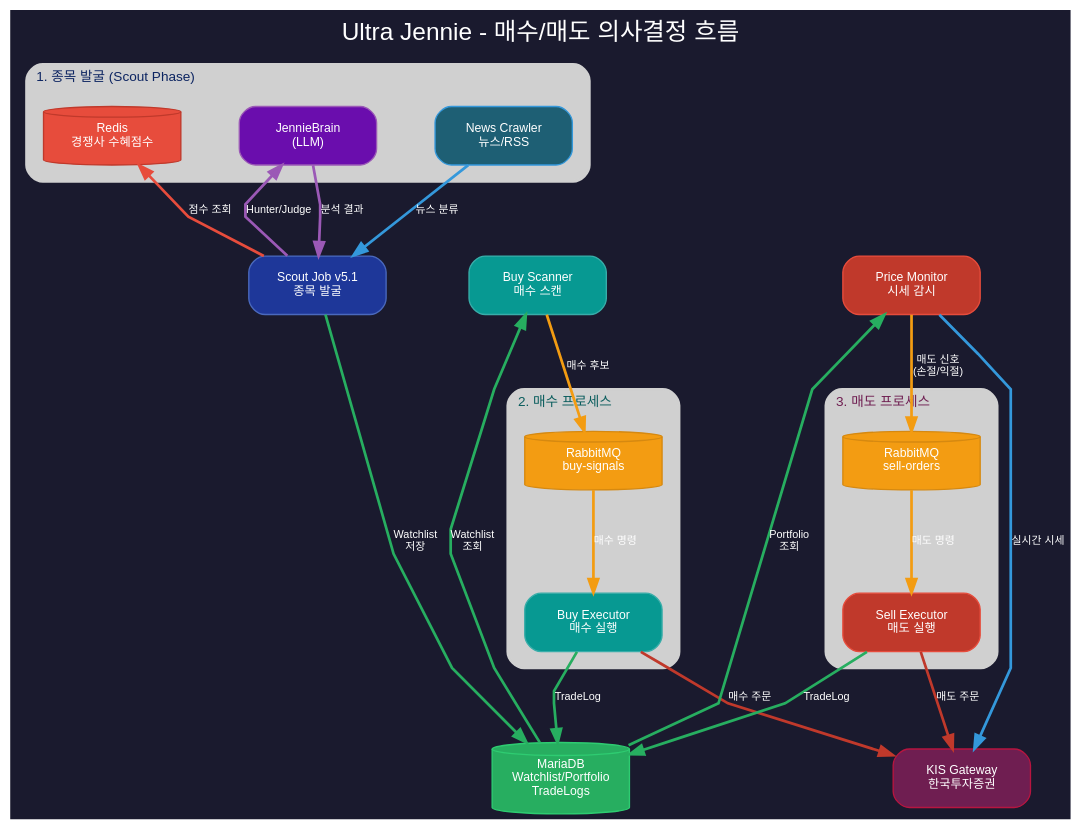
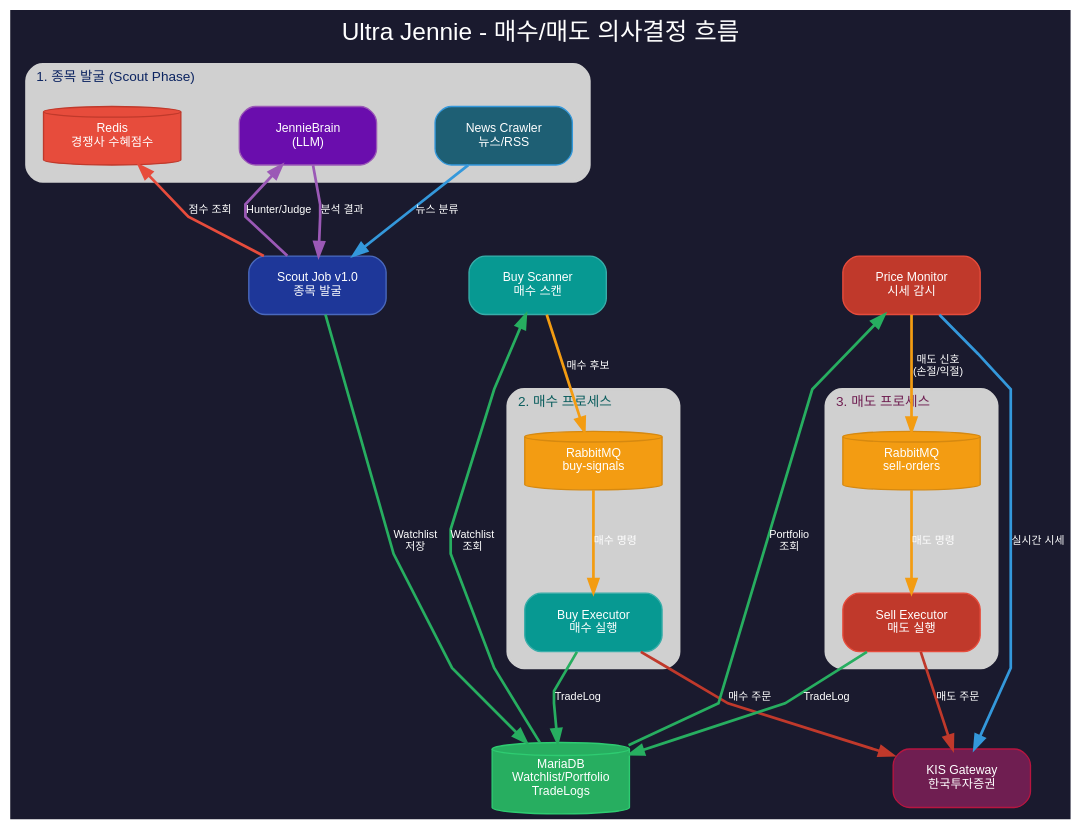
One commit to youngs7596/our-ultra-jennie changed the diagram in docs/architecture/02_buy_sell_decision_flow.dot. Above: the diagram before and after it, drawn with Graphviz. The commit also changed 24 other files, not shown here.

```diff
--- a/docs/architecture/02_buy_sell_decision_flow.dot
+++ b/docs/architecture/02_buy_sell_decision_flow.dot
@@ -1,170 +1,170 @@
 digraph BuySellDecisionFlow {
     // 전체 스타일 설정
     bgcolor="#1a1a2e";
     fontname="Helvetica,Arial,sans-serif";
     label="Ultra Jennie - 매수/매도 의사결정 흐름";
     labelloc=t;
     fontsize=18;
     fontcolor="white";
     rankdir=TB;
     compound=true;
     splines=polyline;
     nodesep=0.6;
     ranksep=0.8;
 
     // 기본 노드 스타일
     node [
         style="rounded,filled",
         shape=box,
         fontname="Helvetica,Arial,sans-serif",
         fontsize=9,
         fontcolor="white",
         width=1.4,
         height=0.6
     ];
 
     // 기본 엣지 스타일
     edge [
         fontname="Helvetica,Arial,sans-serif",
         fontsize=8,
         fontcolor="white",
         penwidth=2
     ];
 
     // ============================================================
     // 종목 발굴 (Scout Phase)
     // ============================================================
     subgraph cluster_scout {
         label="1. 종목 발굴 (Scout Phase)";
         labeljust=l;
         style="rounded,filled";
         bgcolor="#f0f0ff";
         color="#d0d0d0";
         fontcolor="#0c2461";
         fontsize=10;
         penwidth=2;
         margin=12;
 
-        SCOUT [label="Scout Job v5.1\n종목 발굴", fillcolor="#1e3799", color="#4a69bd"];
+        SCOUT [label="Scout Job v1.0\n종목 발굴", fillcolor="#1e3799", color="#4a69bd"];
         LLM [label="JennieBrain\n(LLM)", fillcolor="#6a0dad", color="#9b59b6"];
         NEWS [label="News Crawler\n뉴스/RSS", fillcolor="#1e5f74", color="#3498db"];
         REDIS_COMP [label="Redis\n경쟁사 수혜점수", fillcolor="#e74c3c", color="#c0392b", shape=cylinder];
         
         NEWS -> SCOUT [color="#3498db", label="뉴스 분류"];
         SCOUT -> LLM [color="#9b59b6", label="Hunter/Judge"];
         LLM -> SCOUT [color="#9b59b6", label="분석 결과"];
         SCOUT -> REDIS_COMP [color="#e74c3c", label="점수 조회"];
     }
 
     // ============================================================
     // 매수 프로세스
     // ============================================================
     subgraph cluster_buy {
         label="2. 매수 프로세스";
         labeljust=l;
         style="rounded,filled";
         bgcolor="#f0fff0";
         color="#d0d0d0";
         fontcolor="#0a5d5d";
         fontsize=10;
         penwidth=2;
         margin=12;
 
         BUY_SCAN [label="Buy Scanner\n매수 스캔", fillcolor="#079992", color="#38ada9"];
         MQ_BUY [label="RabbitMQ\nbuy-signals", fillcolor="#f39c12", color="#d68910", shape=cylinder];
         BUY_EXEC [label="Buy Executor\n매수 실행", fillcolor="#079992", color="#38ada9"];
         
         BUY_SCAN -> MQ_BUY [color="#f39c12", label="매수 후보"];
         MQ_BUY -> BUY_EXEC [color="#f39c12", label="매수 명령"];
     }
 
     // ============================================================
     // 매도 프로세스
     // ============================================================
     subgraph cluster_sell {
         label="3. 매도 프로세스";
         labeljust=l;
         style="rounded,filled";
         bgcolor="#fff0f0";
         color="#d0d0d0";
         fontcolor="#6F1E51";
         fontsize=10;
         penwidth=2;
         margin=12;
 
         PRICE_MON [label="Price Monitor\n시세 감시", fillcolor="#c0392b", color="#e74c3c"];
         MQ_SELL [label="RabbitMQ\nsell-orders", fillcolor="#f39c12", color="#d68910", shape=cylinder];
         SELL_EXEC [label="Sell Executor\n매도 실행", fillcolor="#c0392b", color="#e74c3c"];
         
         PRICE_MON -> MQ_SELL [color="#f39c12", label="매도 신호\n(손절/익절)"];
         MQ_SELL -> SELL_EXEC [color="#f39c12", label="매도 명령"];
     }
 
     // ============================================================
     // 데이터 저장소
     // ============================================================
     subgraph cluster_data {
         label="데이터 저장소";
         labeljust=l;
         style="rounded,filled";
         bgcolor="#f5f5f5";
         color="#d0d0d0";
         fontcolor="#1a5a1a";
         fontsize=10;
         penwidth=2;
         margin=12;
 
         DB [label="MariaDB\nWatchlist/Portfolio\nTradeLogs", fillcolor="#27ae60", color="#2ecc71", shape=cylinder];
     }
 
     // ============================================================
     // 외부 시스템
     // ============================================================
     subgraph cluster_external {
         label="외부 시스템";
         labeljust=l;
         style="rounded,filled";
         bgcolor="#f5f0ff";
         color="#d0d0d0";
         fontcolor="#4a1942";
         fontsize=10;
         penwidth=2;
         margin=12;
 
         KIS [label="KIS Gateway\n한국투자증권", fillcolor="#6F1E51", color="#b71540"];
     }
 
     // ============================================================
     // 클러스터 간 연결
     // ============================================================
     
     // Scout -> DB (Watchlist 저장)
     SCOUT -> DB [color="#27ae60", label="Watchlist\n저장"];
     
     // DB -> Buy Scanner (Watchlist 조회)
     DB -> BUY_SCAN [color="#27ae60", label="Watchlist\n조회"];
     
     // Buy Executor -> KIS (매수 주문)
     BUY_EXEC -> KIS [color="#c0392b", label="매수 주문"];
     
     // Buy Executor -> DB (거래 기록)
     BUY_EXEC -> DB [color="#27ae60", label="TradeLog"];
     
     // Price Monitor -> KIS (시세 조회)
     PRICE_MON -> KIS [color="#3498db", label="실시간 시세"];
     
     // Price Monitor -> DB (포트폴리오 조회)
     DB -> PRICE_MON [color="#27ae60", label="Portfolio\n조회"];
     
     // Sell Executor -> KIS (매도 주문)
     SELL_EXEC -> KIS [color="#c0392b", label="매도 주문"];
     
     // Sell Executor -> DB (거래 기록)
     SELL_EXEC -> DB [color="#27ae60", label="TradeLog"];
 
     // ============================================================
     // 레이아웃 제어
     // ============================================================
     { rank=same; SCOUT; BUY_SCAN; PRICE_MON; }
     { rank=same; DB; KIS; }
 }
```
